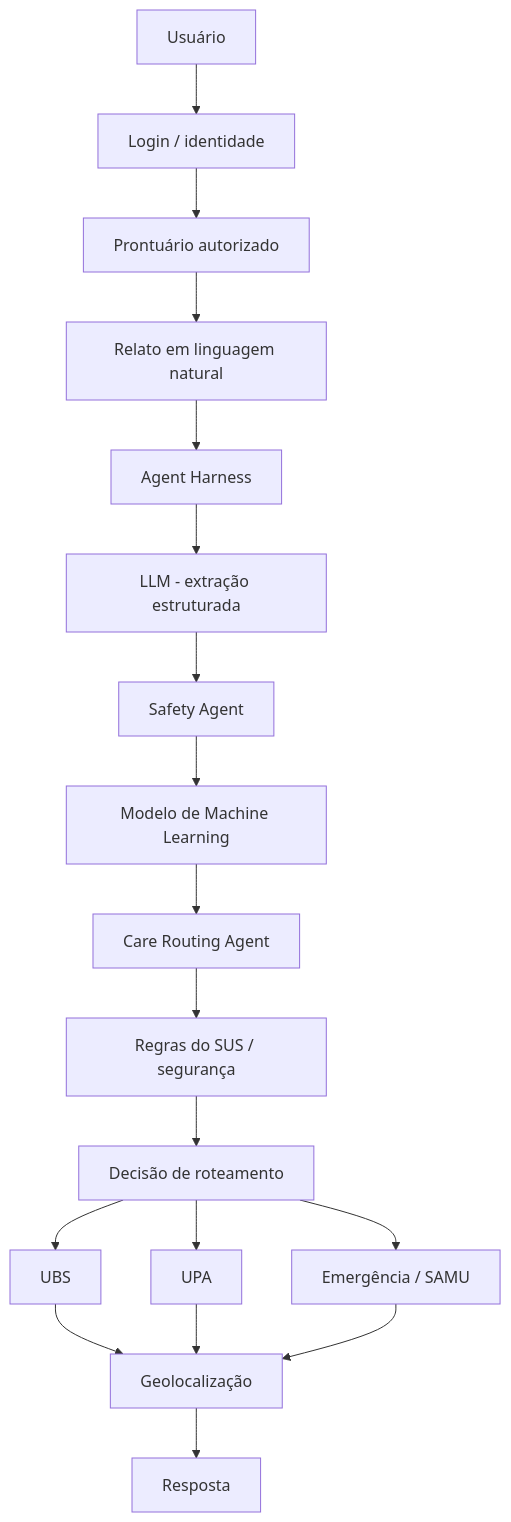
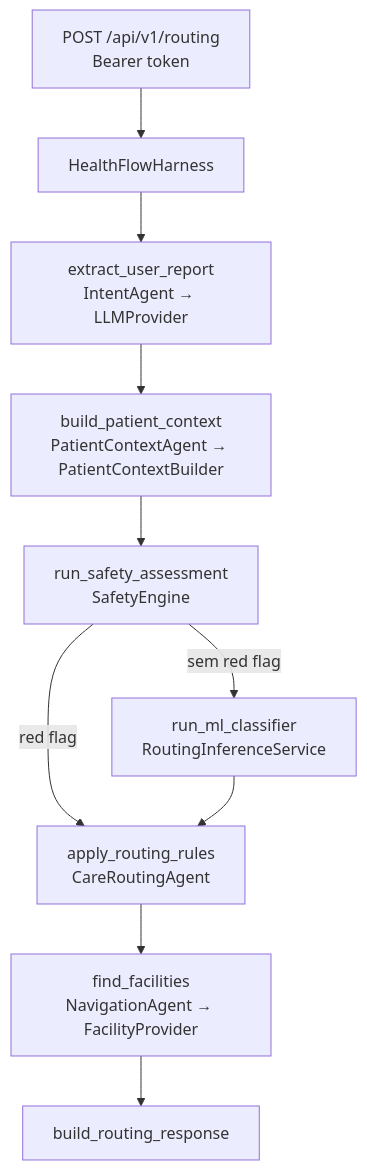
One commit to yusei21/Health-flow changed the diagram in docs/architecture.md. Above: the diagram before and after it, drawn with Mermaid. The commit also changed other lines of this file and 2 other files, not shown here.

Commit message:
docs: document stage 1 implementation, ML evaluation and how to run

````diff
--- a/docs/architecture.md
+++ b/docs/architecture.md
@@ -39,25 +49,12 @@
 ```mermaid
 flowchart TD
-    U[Usuário] --> AUTH[Login / identidade]
-    AUTH --> P[Prontuário autorizado]
-    P --> TXT[Relato em linguagem natural]
-    TXT --> H[Agent Harness]
-
-    H --> LLM[LLM - extração estruturada]
-    LLM --> S[Safety Agent]
-    S --> ML[Modelo de Machine Learning]
-    ML --> CR[Care Routing Agent]
-
-    CR --> RULES[Regras do SUS / segurança]
-    RULES --> DEC[Decisão de roteamento]
-
-    DEC --> UBS[UBS]
-    DEC --> UPA[UPA]
-    DEC --> EM[Emergência / SAMU]
-
-    UBS --> GEO[Geolocalização]
-    UPA --> GEO
-    EM --> GEO
-
-    GEO --> R[Resposta]
+    REQ[POST /api/v1/routing<br/>Bearer token] --> H[HealthFlowHarness]
+    H --> E[extract_user_report<br/>IntentAgent → LLMProvider]
+    E --> C[build_patient_context<br/>PatientContextAgent → PatientContextBuilder]
+    C --> S[run_safety_assessment<br/>SafetyEngine]
+    S -->|red flag| R[apply_routing_rules<br/>CareRoutingAgent]
+    S -->|sem red flag| M[run_ml_classifier<br/>RoutingInferenceService]
+    M --> R
+    R --> F[find_facilities<br/>NavigationAgent → FacilityProvider]
+    F --> OUT[build_routing_response]
 ```
````
